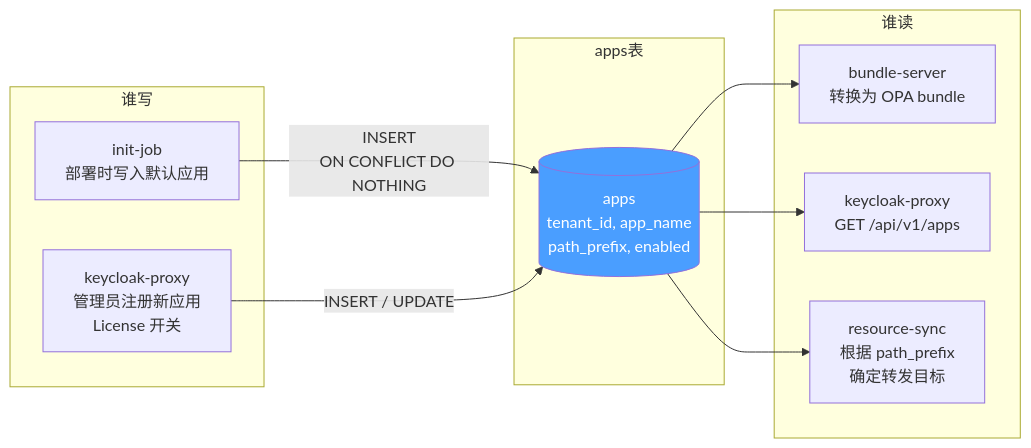
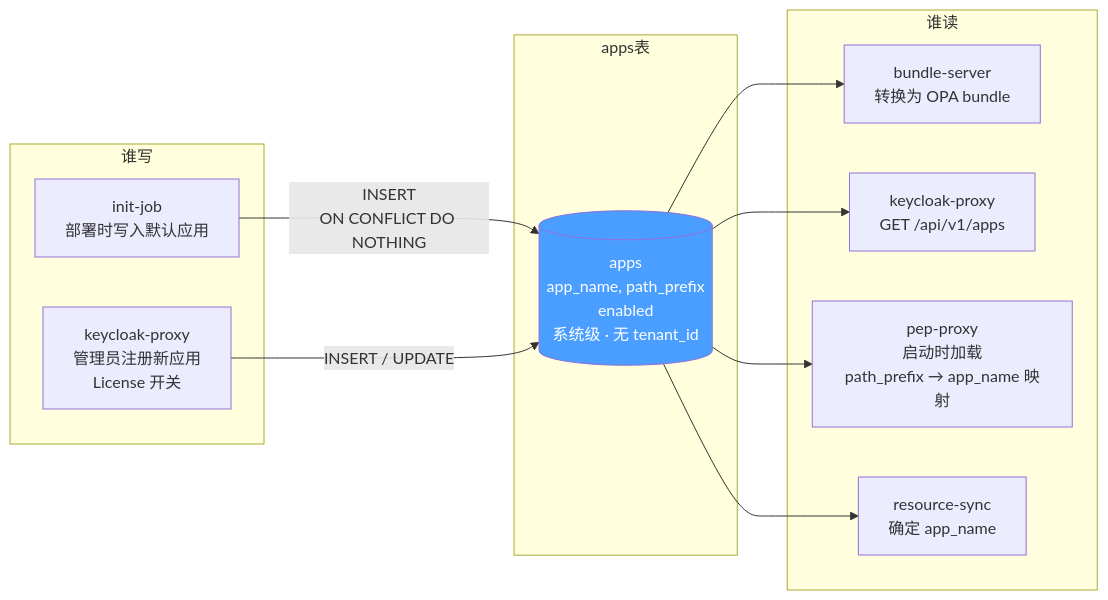
One commit to xiewanchao/aidp-iam changed the second of 11 diagrams in diagrams/data-storage.md. Above: the diagram before and after it, drawn with Mermaid. The commit also changed other lines of this file and 5 other files, not shown here.

````diff
--- a/diagrams/data-storage.md
+++ b/diagrams/data-storage.md
@@ -73,25 +182,27 @@
 ```mermaid
 flowchart LR
     subgraph 谁写
         INIT[init-job<br/>部署时写入默认应用]
         KP[keycloak-proxy<br/>管理员注册新应用<br/>License 开关]
     end
 
     subgraph apps表
-        APPS[(apps<br/>tenant_id, app_name<br/>path_prefix, enabled)]
+        APPS[(apps<br/>app_name, path_prefix<br/>enabled<br/>系统级 · 无 tenant_id)]
     end
 
     subgraph 谁读
         BS[bundle-server<br/>转换为 OPA bundle]
         KP2[keycloak-proxy<br/>GET /api/v1/apps]
-        RS[resource-sync<br/>根据 path_prefix<br/>确定转发目标]
+        PEP[pep-proxy<br/>启动时加载<br/>path_prefix → app_name 映射]
+        RS[resource-sync<br/>确定 app_name]
     end
 
     INIT -->|INSERT<br/>ON CONFLICT DO NOTHING| APPS
     KP -->|INSERT / UPDATE| APPS
     APPS --> BS
     APPS --> KP2
+    APPS --> PEP
     APPS --> RS
 
     style APPS fill:#4a9eff,color:#fff
 ```
````
